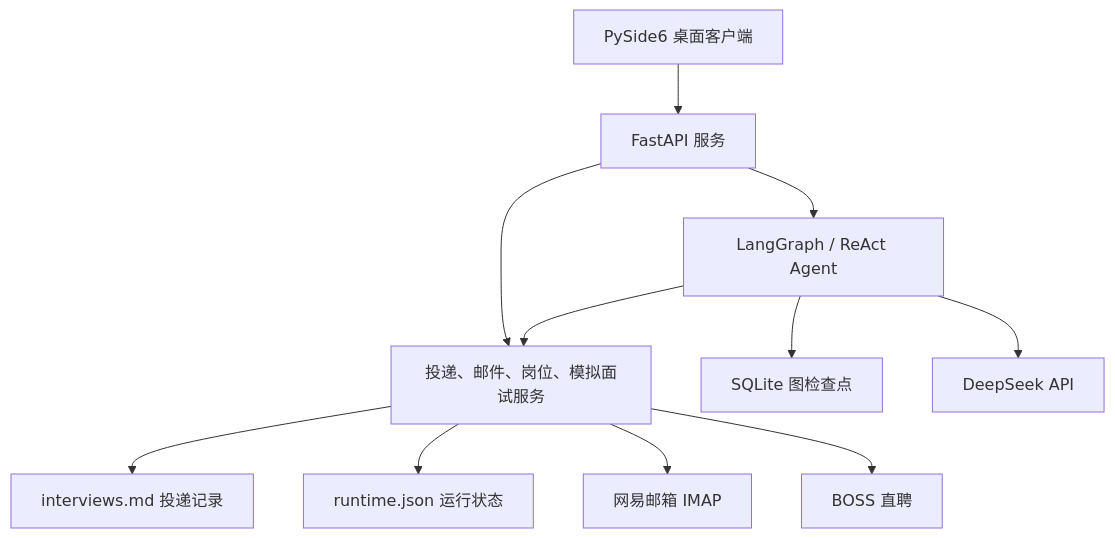
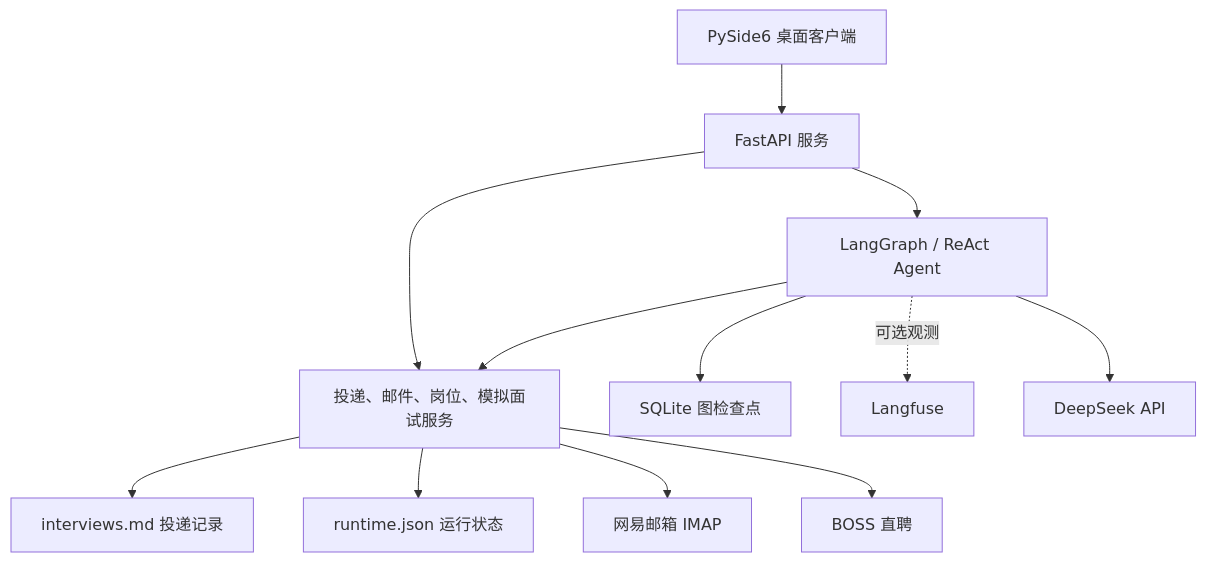
Before and after one commit to Pr0Beginner/InterviewAgent: the diagram in README.md, drawn with Mermaid. The commit also changed other lines of this file and 55 other files, not shown here.

````diff
--- a/README.md
+++ b/README.md
@@ -28,13 +28,14 @@
 ```mermaid
 flowchart TB
     UI[PySide6 桌面客户端] --> API[FastAPI 服务]
     API --> AGENT[LangGraph / ReAct Agent]
     API --> SERVICE[投递、邮件、岗位、模拟面试服务]
     AGENT --> SERVICE
     SERVICE --> MD[interviews.md 投递记录]
     SERVICE --> JSON[runtime.json 运行状态]
     AGENT --> SQLITE[SQLite 图检查点]
+    AGENT -. 可选观测 .-> LF[Langfuse]
     SERVICE --> MAIL[网易邮箱 IMAP]
     SERVICE --> BOSS[BOSS 直聘]
     AGENT --> LLM[DeepSeek API]
 ```
````
